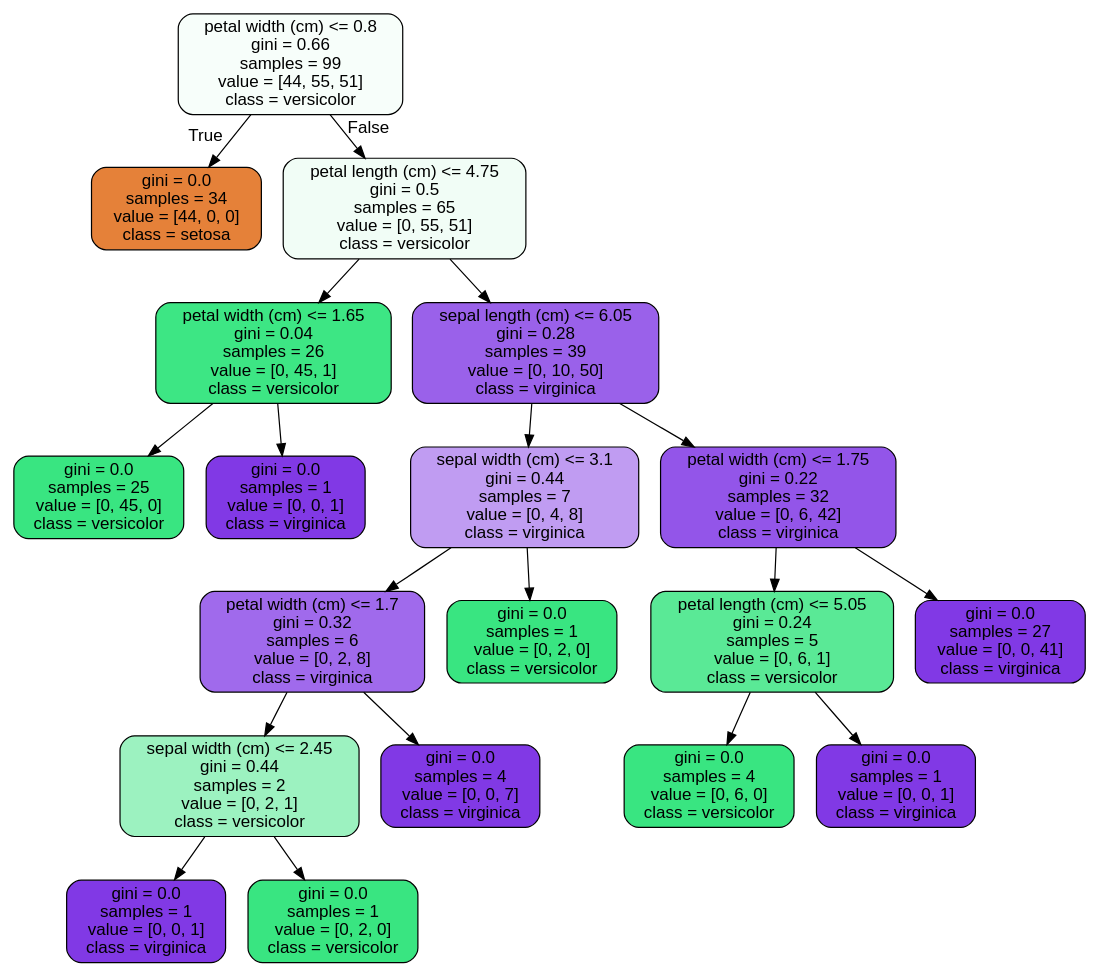
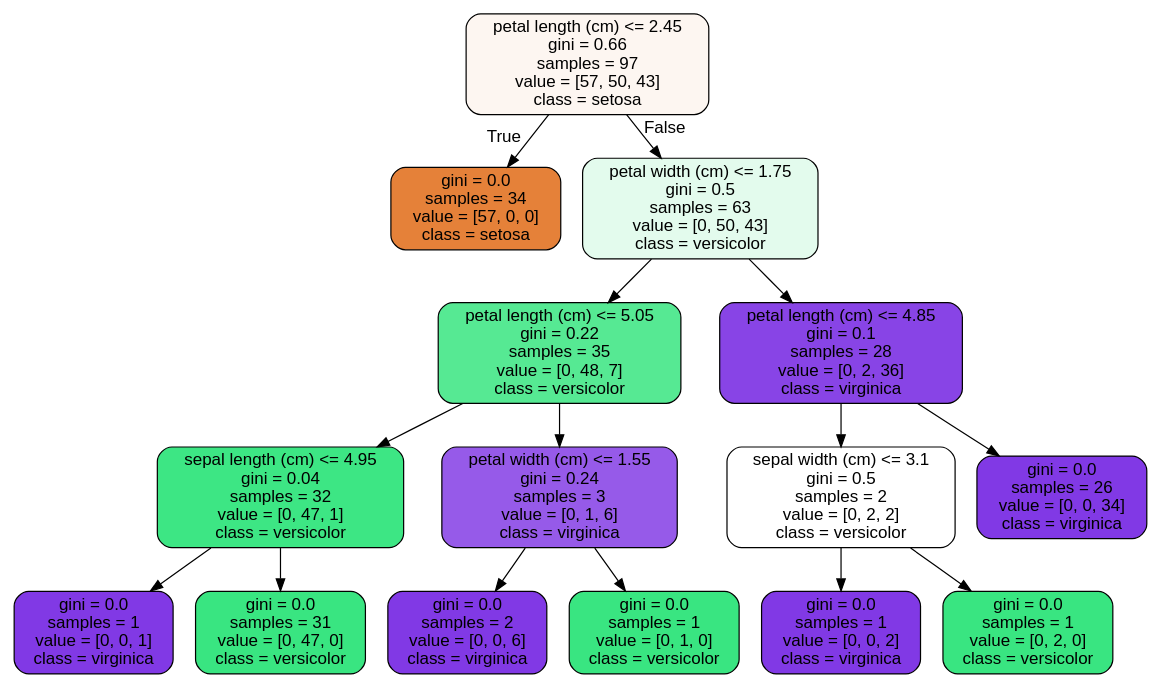
One commit to Shane-McCallum/Random-Forest-COVID-19 changed the diagram in RandomForest Covid Case Study_06302020/tree.dot. Above: the diagram before and after it, drawn with Graphviz. The commit also changed 2 other files, not shown here.

```diff
--- a/RandomForest Covid Case Study_06302020/tree.dot
+++ b/RandomForest Covid Case Study_06302020/tree.dot
@@ -1,41 +1,33 @@
 digraph Tree {
 node [shape=box, style="filled, rounded", color="black", fontname=helvetica] ;
 edge [fontname=helvetica] ;
-0 [label="petal width (cm) <= 0.8\ngini = 0.66\nsamples = 99\nvalue = [44, 55, 51]\nclass = versicolor", fillcolor="#f7fefa"] ;
-1 [label="gini = 0.0\nsamples = 34\nvalue = [44, 0, 0]\nclass = setosa", fillcolor="#e58139"] ;
+0 [label="petal length (cm) <= 2.45\ngini = 0.66\nsamples = 97\nvalue = [57, 50, 43]\nclass = setosa", fillcolor="#fdf6f1"] ;
+1 [label="gini = 0.0\nsamples = 34\nvalue = [57, 0, 0]\nclass = setosa", fillcolor="#e58139"] ;
 0 -> 1 [labeldistance=2.5, labelangle=45, headlabel="True"] ;
-2 [label="petal length (cm) <= 4.75\ngini = 0.5\nsamples = 65\nvalue = [0, 55, 51]\nclass = versicolor", fillcolor="#f1fdf6"] ;
+2 [label="petal width (cm) <= 1.75\ngini = 0.5\nsamples = 63\nvalue = [0, 50, 43]\nclass = versicolor", fillcolor="#e3fbed"] ;
 0 -> 2 [labeldistance=2.5, labelangle=-45, headlabel="False"] ;
-3 [label="petal width (cm) <= 1.65\ngini = 0.04\nsamples = 26\nvalue = [0, 45, 1]\nclass = versicolor", fillcolor="#3de684"] ;
+3 [label="petal length (cm) <= 5.05\ngini = 0.22\nsamples = 35\nvalue = [0, 48, 7]\nclass = versicolor", fillcolor="#56e993"] ;
 2 -> 3 ;
-4 [label="gini = 0.0\nsamples = 25\nvalue = [0, 45, 0]\nclass = versicolor", fillcolor="#39e581"] ;
+4 [label="sepal length (cm) <= 4.95\ngini = 0.04\nsamples = 32\nvalue = [0, 47, 1]\nclass = versicolor", fillcolor="#3de684"] ;
 3 -> 4 ;
 5 [label="gini = 0.0\nsamples = 1\nvalue = [0, 0, 1]\nclass = virginica", fillcolor="#8139e5"] ;
-3 -> 5 ;
-6 [label="sepal length (cm) <= 6.05\ngini = 0.28\nsamples = 39\nvalue = [0, 10, 50]\nclass = virginica", fillcolor="#9a61ea"] ;
-2 -> 6 ;
-7 [label="sepal width (cm) <= 3.1\ngini = 0.44\nsamples = 7\nvalue = [0, 4, 8]\nclass = virginica", fillcolor="#c09cf2"] ;
-6 -> 7 ;
-8 [label="petal width (cm) <= 1.7\ngini = 0.32\nsamples = 6\nvalue = [0, 2, 8]\nclass = virginica", fillcolor="#a06aec"] ;
+4 -> 5 ;
+6 [label="gini = 0.0\nsamples = 31\nvalue = [0, 47, 0]\nclass = versicolor", fillcolor="#39e581"] ;
+4 -> 6 ;
+7 [label="petal width (cm) <= 1.55\ngini = 0.24\nsamples = 3\nvalue = [0, 1, 6]\nclass = virginica", fillcolor="#965ae9"] ;
+3 -> 7 ;
+8 [label="gini = 0.0\nsamples = 2\nvalue = [0, 0, 6]\nclass = virginica", fillcolor="#8139e5"] ;
 7 -> 8 ;
-9 [label="sepal width (cm) <= 2.45\ngini = 0.44\nsamples = 2\nvalue = [0, 2, 1]\nclass = versicolor", fillcolor="#9cf2c0"] ;
-8 -> 9 ;
-10 [label="gini = 0.0\nsamples = 1\nvalue = [0, 0, 1]\nclass = virginica", fillcolor="#8139e5"] ;
-9 -> 10 ;
-11 [label="gini = 0.0\nsamples = 1\nvalue = [0, 2, 0]\nclass = versicolor", fillcolor="#39e581"] ;
-9 -> 11 ;
-12 [label="gini = 0.0\nsamples = 4\nvalue = [0, 0, 7]\nclass = virginica", fillcolor="#8139e5"] ;
-8 -> 12 ;
+9 [label="gini = 0.0\nsamples = 1\nvalue = [0, 1, 0]\nclass = versicolor", fillcolor="#39e581"] ;
+7 -> 9 ;
+10 [label="petal length (cm) <= 4.85\ngini = 0.1\nsamples = 28\nvalue = [0, 2, 36]\nclass = virginica", fillcolor="#8844e6"] ;
+2 -> 10 ;
+11 [label="sepal width (cm) <= 3.1\ngini = 0.5\nsamples = 2\nvalue = [0, 2, 2]\nclass = versicolor", fillcolor="#ffffff"] ;
+10 -> 11 ;
+12 [label="gini = 0.0\nsamples = 1\nvalue = [0, 0, 2]\nclass = virginica", fillcolor="#8139e5"] ;
+11 -> 12 ;
 13 [label="gini = 0.0\nsamples = 1\nvalue = [0, 2, 0]\nclass = versicolor", fillcolor="#39e581"] ;
-7 -> 13 ;
-14 [label="petal width (cm) <= 1.75\ngini = 0.22\nsamples = 32\nvalue = [0, 6, 42]\nclass = virginica", fillcolor="#9355e9"] ;
-6 -> 14 ;
-15 [label="petal length (cm) <= 5.05\ngini = 0.24\nsamples = 5\nvalue = [0, 6, 1]\nclass = versicolor", fillcolor="#5ae996"] ;
-14 -> 15 ;
-16 [label="gini = 0.0\nsamples = 4\nvalue = [0, 6, 0]\nclass = versicolor", fillcolor="#39e581"] ;
-15 -> 16 ;
-17 [label="gini = 0.0\nsamples = 1\nvalue = [0, 0, 1]\nclass = virginica", fillcolor="#8139e5"] ;
-15 -> 17 ;
-18 [label="gini = 0.0\nsamples = 27\nvalue = [0, 0, 41]\nclass = virginica", fillcolor="#8139e5"] ;
-14 -> 18 ;
+11 -> 13 ;
+14 [label="gini = 0.0\nsamples = 26\nvalue = [0, 0, 34]\nclass = virginica", fillcolor="#8139e5"] ;
+10 -> 14 ;
 }
```
